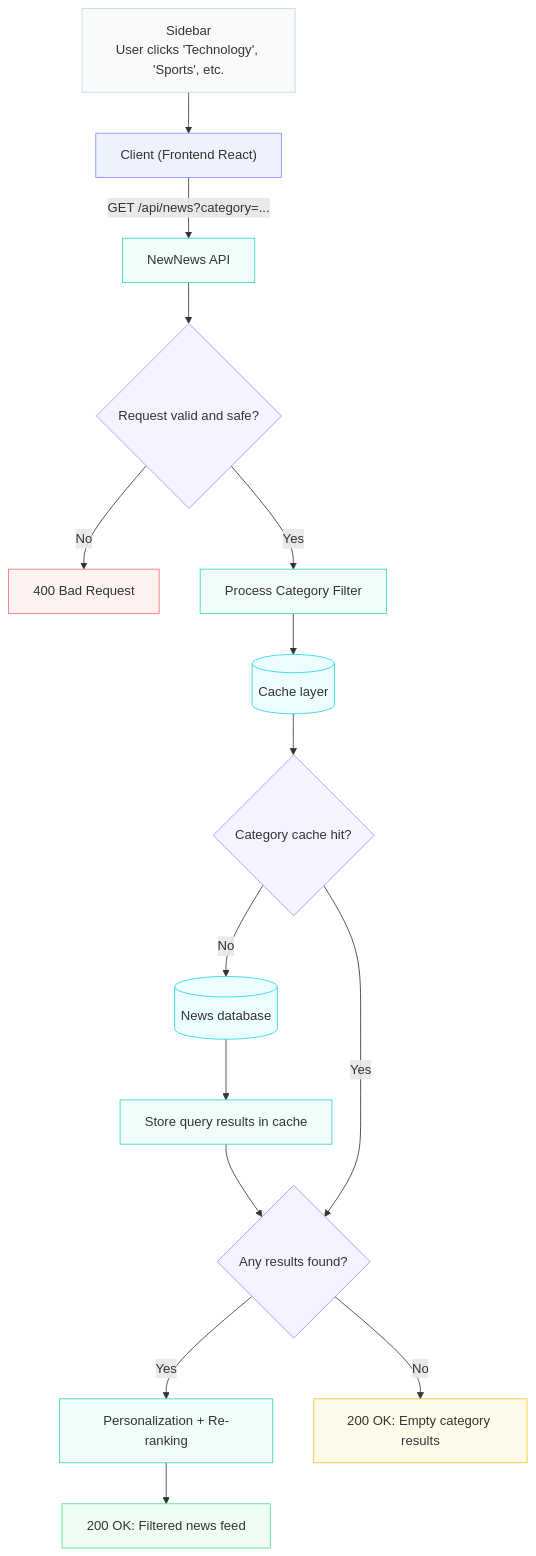
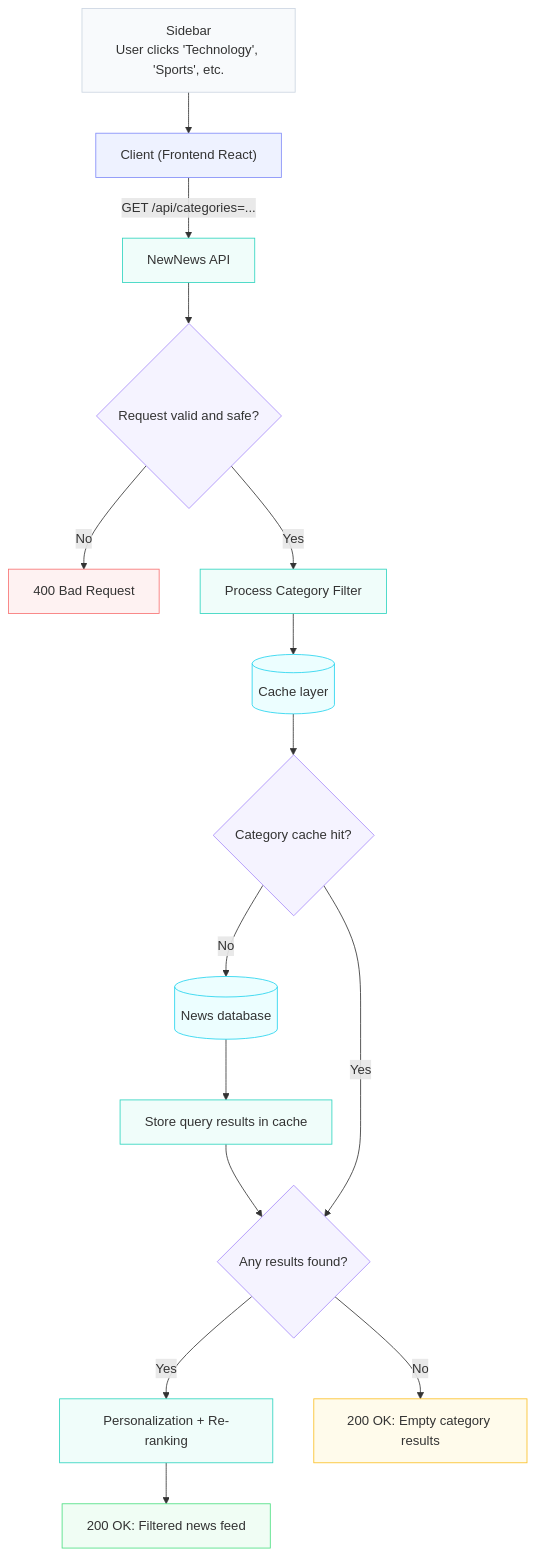
Before and after one commit to fullcycle-gt4/newnews: the diagram in docs/api/diagrams/categories-diagram.mmd, drawn with Mermaid. The commit also changed 2 other files, not shown here.

Commit message:
correcting route /api/categories

```diff
--- a/docs/api/diagrams/categories-diagram.mmd
+++ b/docs/api/diagrams/categories-diagram.mmd
@@ -1,41 +1,41 @@
 flowchart TD
     Sidebar["Sidebar<br>User clicks 'Technology', 'Sports', etc."] --> Client["Client (Frontend React)"]
     
-    Client -->|GET /api/news?category=...| API["NewNews API"]
+    Client -->|GET /api/categories=...| API["NewNews API"]
     
     API --> Validation{"Request valid and safe?"}
     Validation -->|No| Invalid["400 Bad Request"]
 
     Validation -->|Yes| CategoryRoute["Process Category Filter"]
     
     CategoryRoute --> Cache[("Cache layer")]
     Cache --> CategoryCache{"Category cache hit?"}
 
     CategoryCache -->|No| NewsDB[("News database")]
     NewsDB --> CacheUpdate["Store query results in cache"]
     CacheUpdate --> CategoryCheck{"Any results found?"}
     
     CategoryCache -->|Yes| CategoryCheck
     
     CategoryCheck -->|Yes| Personalization["Personalization + Re-ranking"]
     Personalization --> ListSuccess["200 OK: Filtered news feed"]
     
     CategoryCheck -->|No| CategoryEmpty["200 OK: Empty category results"]
 
     classDef ui fill:#f8fafc,stroke:#cbd5e1;
     classDef client fill:#eef2ff,stroke:#818cf8;
     classDef process fill:#f0fdfa,stroke:#2dd4bf;
     classDef decision fill:#f5f3ff,stroke:#a78bfa;
     classDef data fill:#ecfeff,stroke:#22d3ee;
     classDef success fill:#f0fdf4,stroke:#4ade80;
     classDef error fill:#fef2f2,stroke:#f87171;
     classDef empty fill:#fffbeb,stroke:#fbbf24;
 
     class Sidebar ui;
     class Client client;
     class API,CategoryRoute,CacheUpdate,Personalization process;
     class Validation,CategoryCache,CategoryCheck decision;
     class Cache,NewsDB data;
     class ListSuccess success;
     class Invalid error;
     class CategoryEmpty empty;
```
